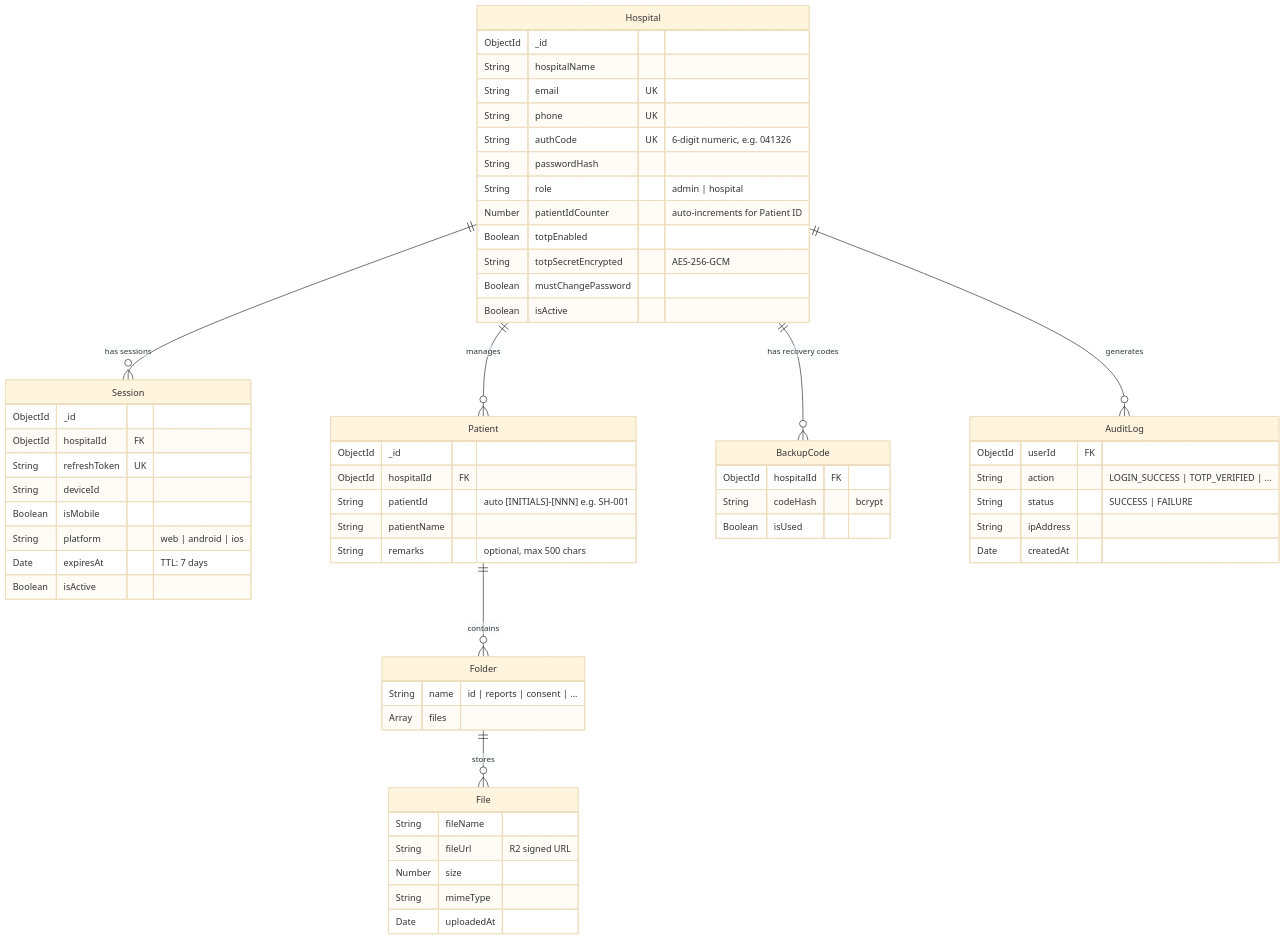
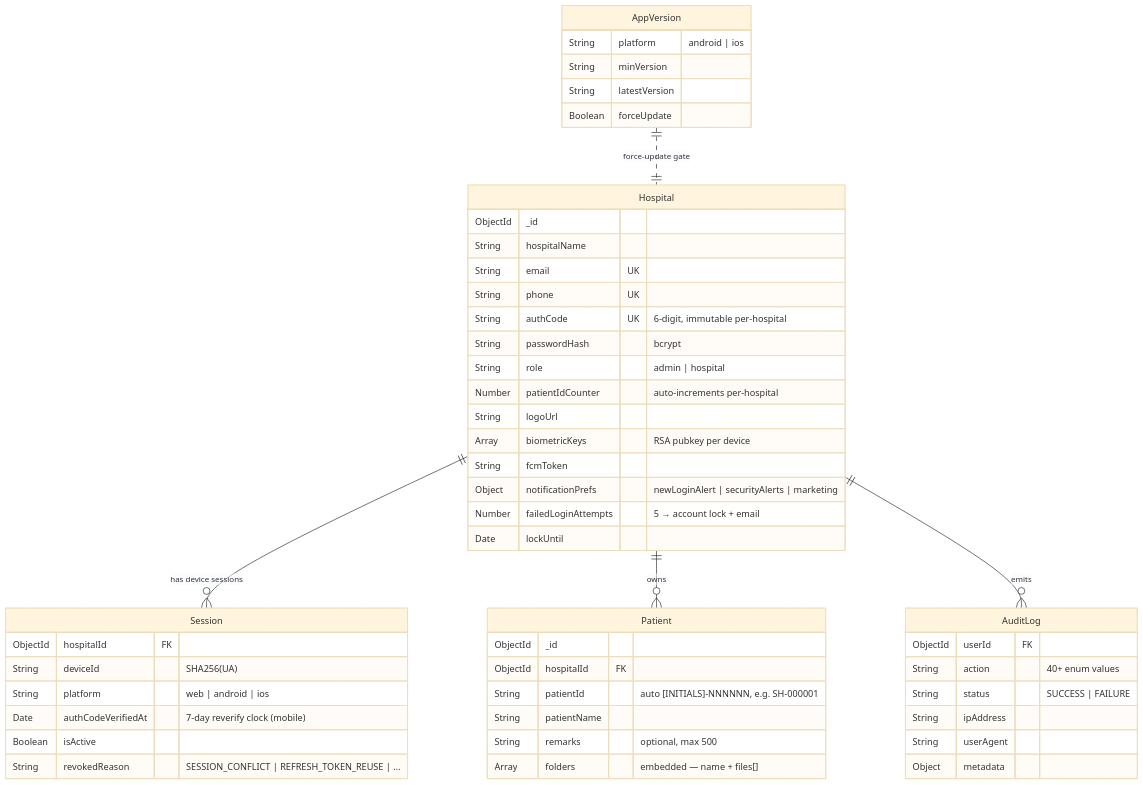
One commit to urvagandhi/Hospital-Management changed the fourth of 4 diagrams in README.md. Above: the diagram before and after it, drawn with Mermaid (base theme). The commit also changed other lines of this file and 5 other files, not shown here.

````diff
--- a/README.md
+++ b/README.md
@@ -158,70 +161,57 @@
 ```mermaid
 erDiagram
-    Hospital ||--o{ Session : "has sessions"
-    Hospital ||--o{ Patient : "manages"
-    Hospital ||--o{ BackupCode : "has recovery codes"
-    Hospital ||--o{ AuditLog : "generates"
-    Patient ||--o{ Folder : "contains"
-    Folder ||--o{ File : "stores"
+    Hospital ||--o{ Session : "has device sessions"
+    Hospital ||--o{ Patient : "owns"
+    Hospital ||--o{ AuditLog : "emits"
+    AppVersion ||..|| Hospital : "force-update gate"
+    Patient {
+        ObjectId _id
+        ObjectId hospitalId FK
+        String patientId "auto [INITIALS]-NNNNNN, e.g. SH-000001"
+        String patientName
+        String remarks "optional, max 500"
+        Array  folders "embedded — name + files[]"
+    }
 
     Hospital {
         ObjectId _id
         String hospitalName
         String email UK
         String phone UK
-        String authCode UK "6-digit numeric, e.g. 041326"
-        String passwordHash
+        String authCode UK "6-digit, immutable per-hospital"
+        String passwordHash "bcrypt"
         String role "admin | hospital"
-        Number patientIdCounter "auto-increments for Patient ID"
-        Boolean totpEnabled
-        String totpSecretEncrypted "AES-256-GCM"
-        Boolean mustChangePassword
-        Boolean isActive
+        Number patientIdCounter "auto-increments per-hospital"
+        String logoUrl
+        Array  biometricKeys "RSA pubkey per device"
+        String fcmToken
+        Object notificationPrefs "newLoginAlert | securityAlerts | marketing"
+        Number failedLoginAttempts "5 → account lock + email"
+        Date   lockUntil
     }
 
     Session {
-        ObjectId _id
         ObjectId hospitalId FK
-        String refreshToken UK
-        String deviceId
-        Boolean isMobile
-        String platform "web | android | ios"
-        Date expiresAt "TTL: 7 days"
-        Boolean isActive
-    }
-
-    Patient {
-        ObjectId _id
-        ObjectId hospitalId FK
-        String patientId "auto [INITIALS]-[NNN] e.g. SH-001"
-        String patientName
-        String remarks "optional, max 500 chars"
-    }
-
-    Folder {
-        String name "id | reports | consent | ..."
-        Array files
-    }
-
-    File {
-        String fileName
-        String fileUrl "R2 signed URL"
-        Number size
-        String mimeType
-        Date uploadedAt
-    }
-
-    BackupCode {
-        ObjectId hospitalId FK
-        String codeHash "bcrypt"
-        Boolean isUsed
+        String   deviceId "SHA256(UA)"
+        String   platform "web | android | ios"
+        Date     authCodeVerifiedAt "7-day reverify clock (mobile)"
+        Boolean  isActive
+        String   revokedReason "SESSION_CONFLICT | REFRESH_TOKEN_REUSE | …"
     }
 
     AuditLog {
         ObjectId userId FK
-        String action "LOGIN_SUCCESS | TOTP_VERIFIED | ..."
-        String status "SUCCESS | FAILURE"
-        String ipAddress
-        Date createdAt
+        String   action "40+ enum values"
+        String   status "SUCCESS | FAILURE"
+        String   ipAddress
+        String   userAgent
+        Object   metadata
+    }
+
+    AppVersion {
+        String  platform "android | ios"
+        String  minVersion
+        String  latestVersion
+        Boolean forceUpdate
     }
 ```
````
